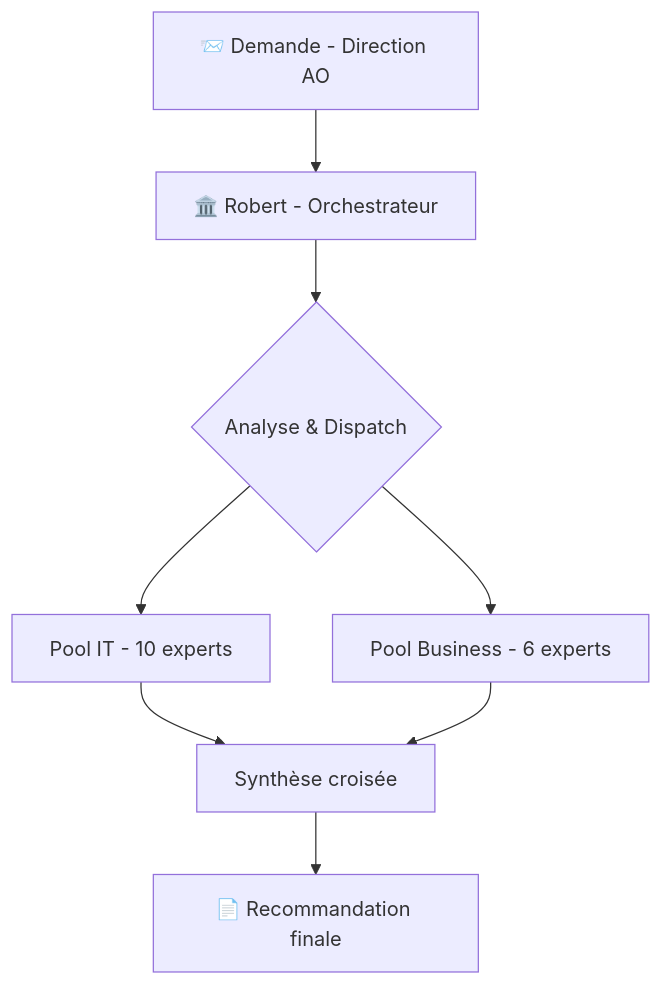
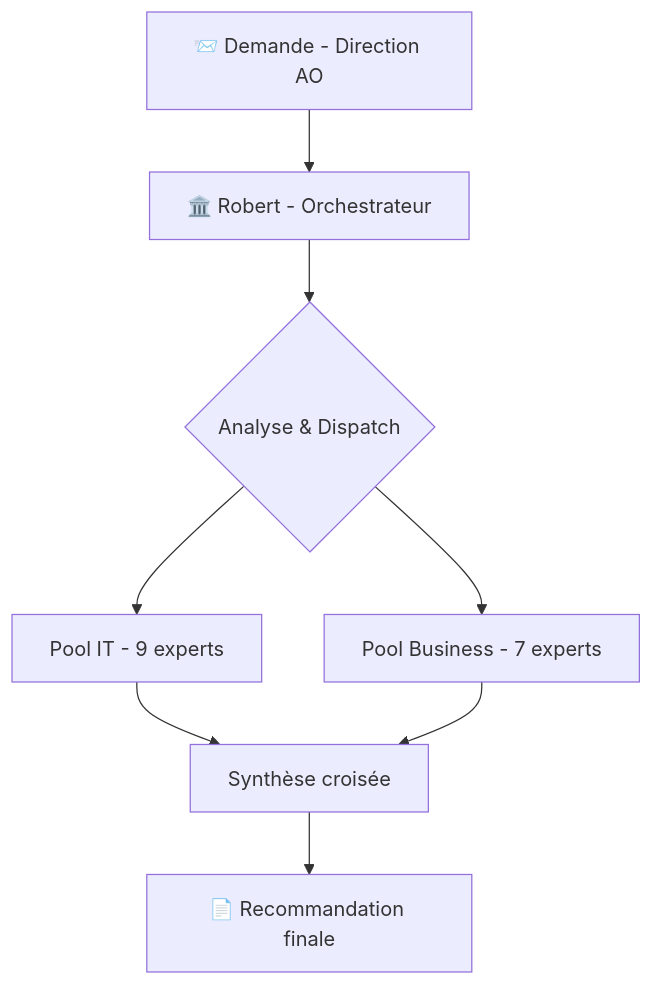
One commit to christophedanhier-hash/BAVI_LEO changed the first of 2 diagrams in docs/wiki/agent-pro/bureau-robert/evolution-bureau-robert-v2-ia-business.md. Above: the diagram before and after it, drawn with Mermaid. The commit also changed other lines of this file, not shown here.

Commit message:
bureau-robert: expert AO #5 -> pool Business #10 + renumérotation

````diff
--- a/docs/wiki/agent-pro/bureau-robert/evolution-bureau-robert-v2-ia-business.md
+++ b/docs/wiki/agent-pro/bureau-robert/evolution-bureau-robert-v2-ia-business.md
@@ -15,10 +15,10 @@
 ```mermaid
 flowchart TD
     A[📨 Demande - Direction AO] --> B[🏛️ Robert - Orchestrateur]
     B --> C{Analyse & Dispatch}
-    C --> D[Pool IT - 10 experts]
-    C --> E[Pool Business - 6 experts]
+    C --> D[Pool IT - 9 experts]
+    C --> E[Pool Business - 7 experts]
     D --> F[Synthèse croisée]
     E --> F
     F --> G[📄 Recommandation finale]
 ```
````
